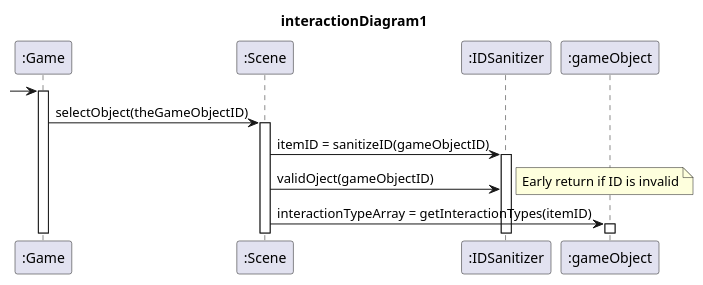
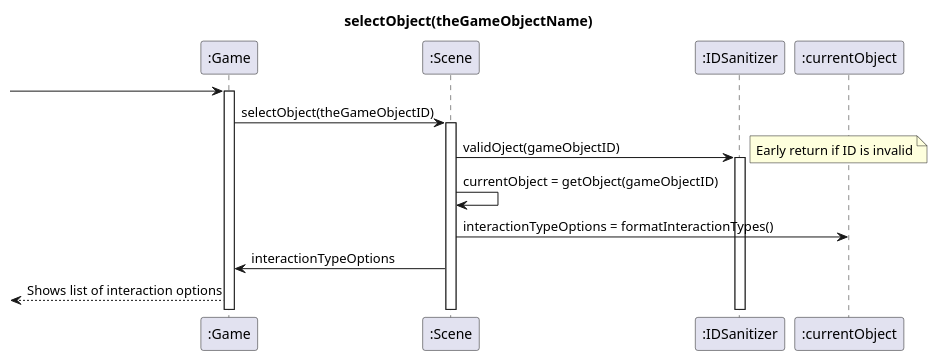
Before and after one commit to NoahHakansson/SE-PA1460: the diagram in interactionDiagram.pu, drawn with PlantUML.

```diff
--- a/interactionDiagram.pu
+++ b/interactionDiagram.pu
@@ -1,12 +1,14 @@
 @startuml
-title interactionDiagram1
+title selectObject(theGameObjectName)
 [-> ":Game" ++
 ":Game" -> ":Scene" ++ : selectObject(theGameObjectID)
 
-":Scene" -> ":IDSanitizer" ++: itemID = sanitizeID(gameObjectID)
-":Scene" -> ":IDSanitizer" : validOject(gameObjectID)
+":Scene" -> ":IDSanitizer" ++: validOject(gameObjectID)
 note right: Early return if ID is invalid
-
-":Scene" -> ":gameObject" ++: interactionTypeArray = getInteractionTypes(itemID)
+":Scene" -> ":Scene": currentObject = getObject(gameObjectID)
+":Scene" -> ":currentObject": interactionTypeOptions = formatInteractionTypes()
+":Game" <- ":Scene": interactionTypeOptions
+":Game" -->[: Shows list of interaction options
+ 
 
 @enduml
```
